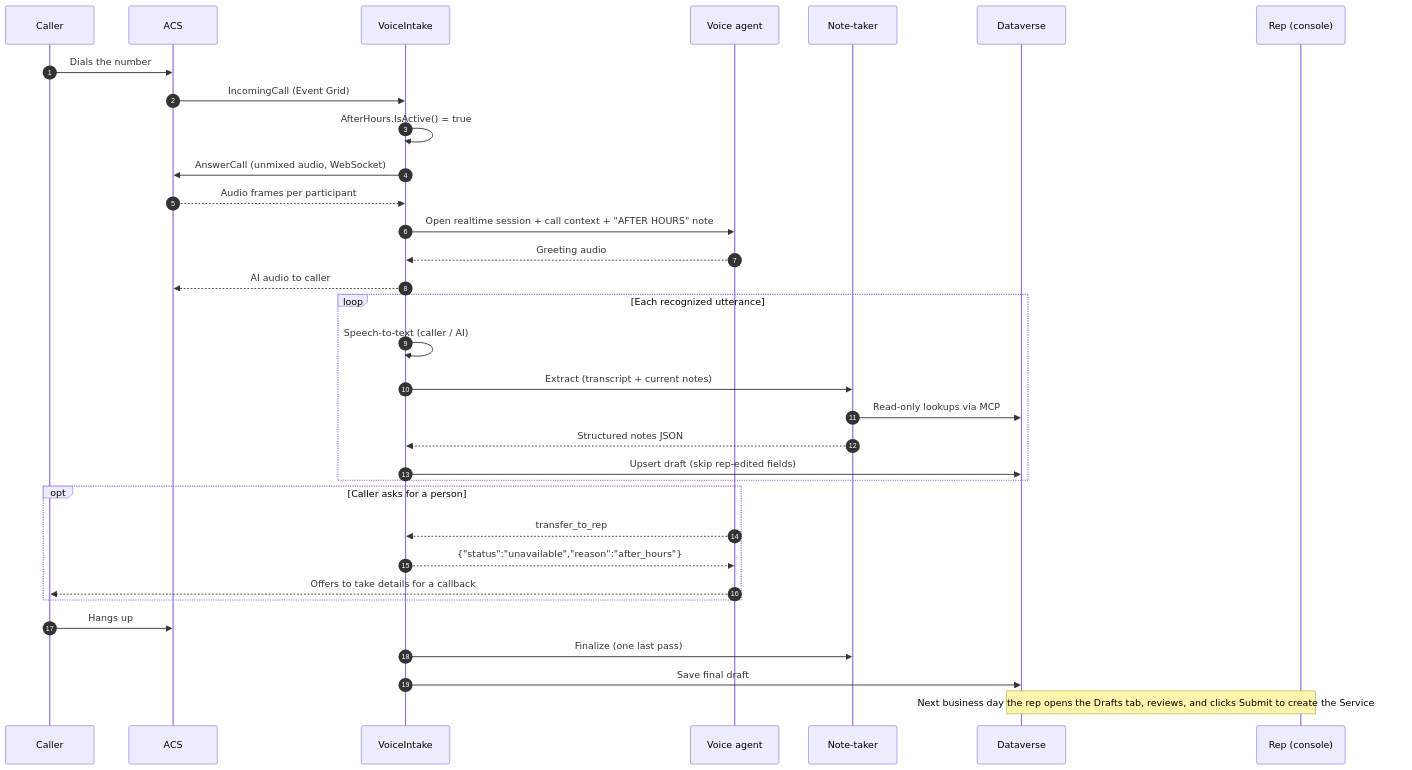
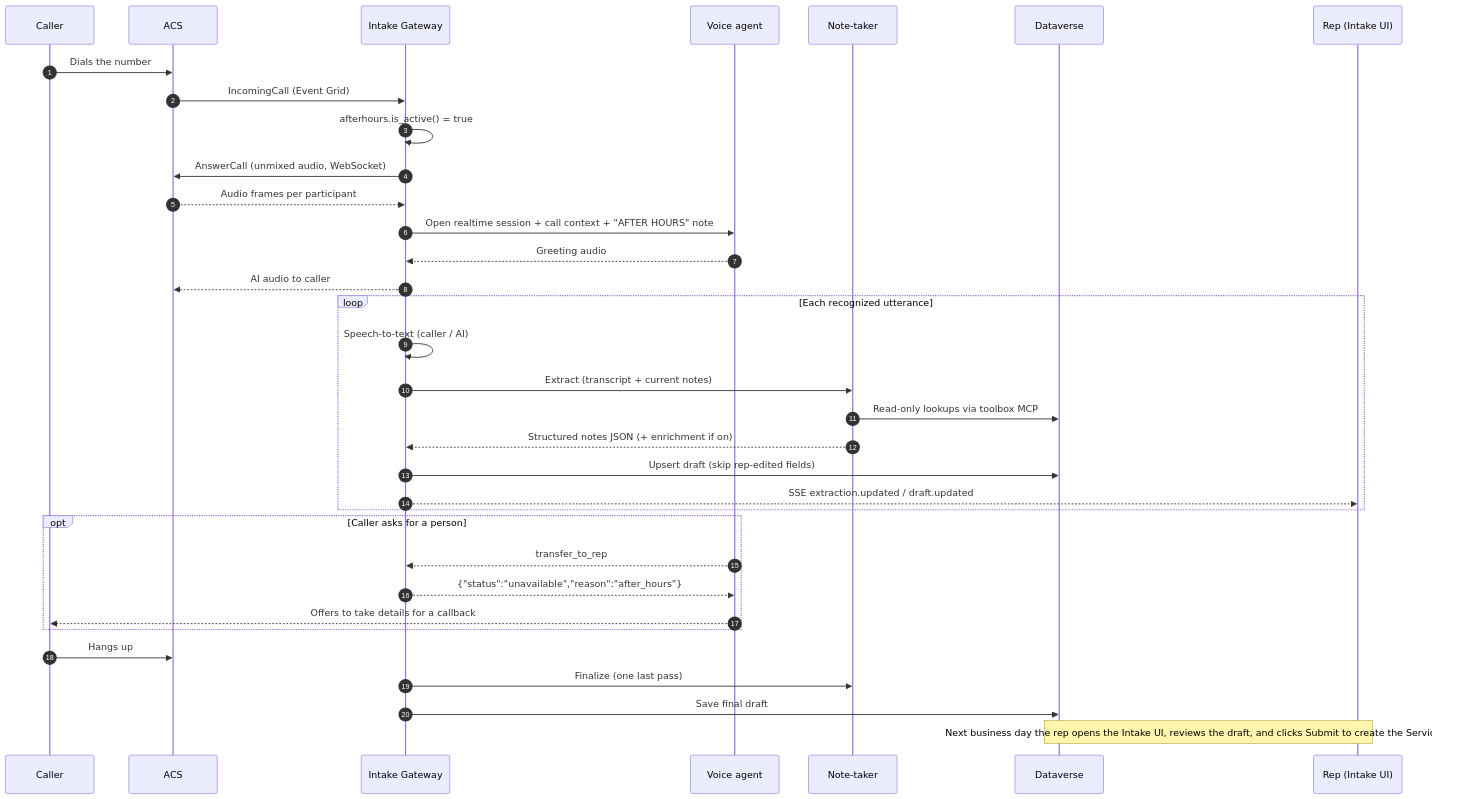
One commit to jmasengeshomsft/floorworks-live-intake changed the third of 4 diagrams in docs/02-architecture.md. Above: the diagram before and after it, drawn with Mermaid. The commit also changed other lines of this file and 22 other files, not shown here.

Commit message:
Gateway draft store, configurable Dataverse schema, standard account/incident profile

````diff
--- a/docs/02-architecture.md
+++ b/docs/02-architecture.md
@@ -112,36 +133,37 @@
 ```mermaid
 sequenceDiagram
     autonumber
     participant C as Caller
     participant A as ACS
-    participant V as VoiceIntake
+    participant G as Intake Gateway
     participant R as Voice agent
     participant N as Note-taker
     participant D as Dataverse
-    participant P as Rep (console)
+    participant P as Rep (Intake UI)
 
     C->>A: Dials the number
-    A->>V: IncomingCall (Event Grid)
-    V->>V: AfterHours.IsActive() = true
-    V->>A: AnswerCall (unmixed audio, WebSocket)
-    A-->>V: Audio frames per participant
-    V->>R: Open realtime session + call context + "AFTER HOURS" note
-    R-->>V: Greeting audio
-    V-->>A: AI audio to caller
+    A->>G: IncomingCall (Event Grid)
+    G->>G: afterhours.is_active() = true
+    G->>A: AnswerCall (unmixed audio, WebSocket)
+    A-->>G: Audio frames per participant
+    G->>R: Open realtime session + call context + "AFTER HOURS" note
+    R-->>G: Greeting audio
+    G-->>A: AI audio to caller
     loop Each recognized utterance
-        V->>V: Speech-to-text (caller / AI)
-        V->>N: Extract (transcript + current notes)
-        N->>D: Read-only lookups via MCP
-        N-->>V: Structured notes JSON
-        V->>D: Upsert draft (skip rep-edited fields)
+        G->>G: Speech-to-text (caller / AI)
+        G->>N: Extract (transcript + current notes)
+        N->>D: Read-only lookups via toolbox MCP
+        N-->>G: Structured notes JSON (+ enrichment if on)
+        G->>D: Upsert draft (skip rep-edited fields)
+        G-->>P: SSE extraction.updated / draft.updated
     end
     opt Caller asks for a person
-        R-->>V: transfer_to_rep
-        V-->>R: {"status":"unavailable","reason":"after_hours"}
+        R-->>G: transfer_to_rep
+        G-->>R: {"status":"unavailable","reason":"after_hours"}
         R-->>C: Offers to take details for a callback
     end
     C->>A: Hangs up
-    V->>N: Finalize (one last pass)
-    V->>D: Save final draft
-    Note over D,P: Next business day the rep opens the Drafts tab, reviews, and clicks Submit to create the Service Ticket
+    G->>N: Finalize (one last pass)
+    G->>D: Save final draft
+    Note over D,P: Next business day the rep opens the Intake UI, reviews the draft, and clicks Submit to create the Service Ticket
 ```
````
